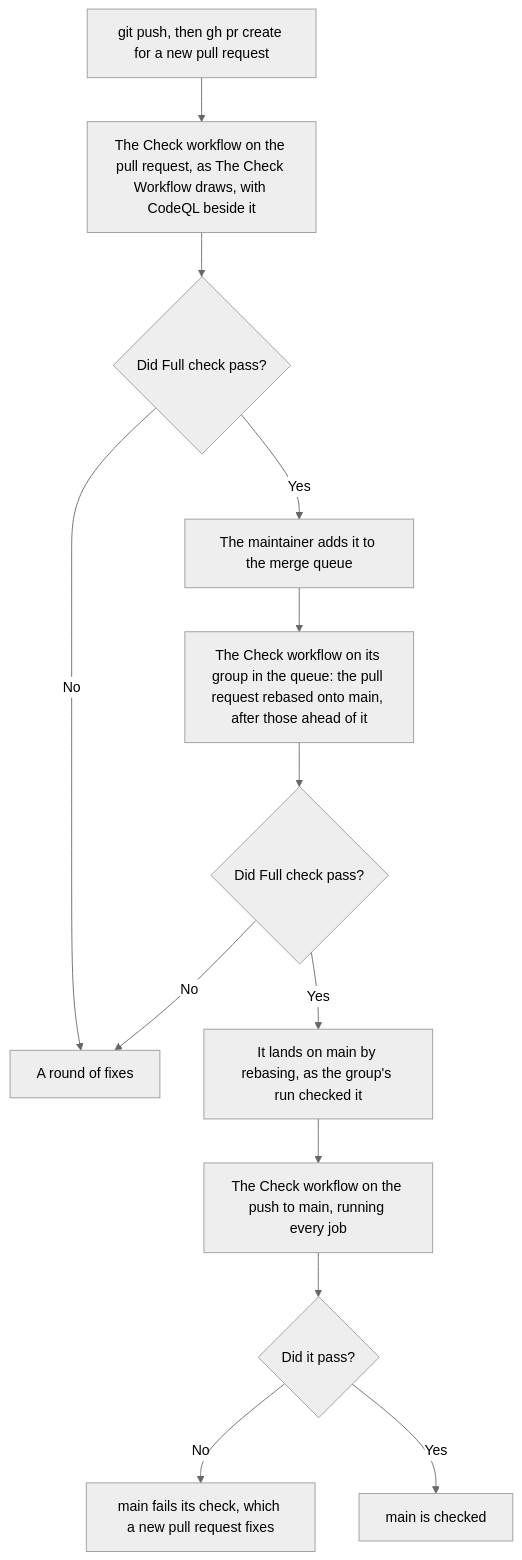
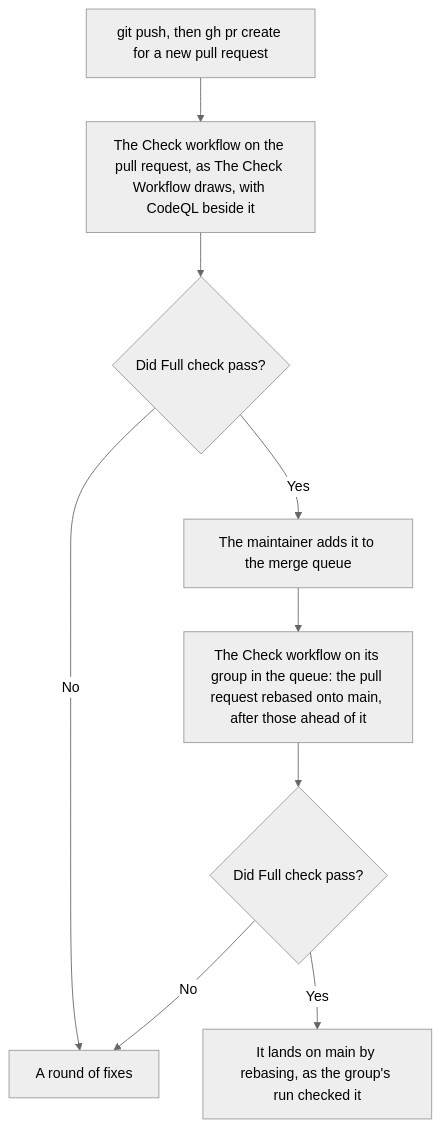
Before and after one commit to ribbitworks/fathom: the fourth of 11 diagrams in docs/design/checks-and-ci.md, drawn with Mermaid (neutral theme). The commit also changed other lines of this file and 6 other files, not shown here.

First line of the commit message:
chore: stop the check's run on pushes to main

````diff
--- a/docs/design/checks-and-ci.md
+++ b/docs/design/checks-and-ci.md
@@ -97,15 +97,11 @@
 ```mermaid
 flowchart TD
     Push["git push, then gh pr create for a new pull request"] --> CheckWorkflow["The Check workflow on the pull request, as The Check Workflow draws, with CodeQL beside it"]
     CheckWorkflow --> Required{"Did Full check pass?"}
     Required -- No --> Fix["A round of fixes"]
     Required -- Yes --> Queue["The maintainer adds it to the merge queue"]
     Queue --> GroupRun["The Check workflow on its group in the queue: the pull request rebased onto main, after those ahead of it"]
     GroupRun --> GroupPassed{"Did Full check pass?"}
     GroupPassed -- No --> Fix
     GroupPassed -- Yes --> Merge["It lands on main by rebasing, as the group's run checked it"]
-    Merge --> MainRun["The Check workflow on the push to main, running every job"]
-    MainRun --> MainPassed{"Did it pass?"}
-    MainPassed -- No --> MainFailed["main fails its check, which a new pull request fixes"]
-    MainPassed -- Yes --> MainChecked["main is checked"]
 ```
````
